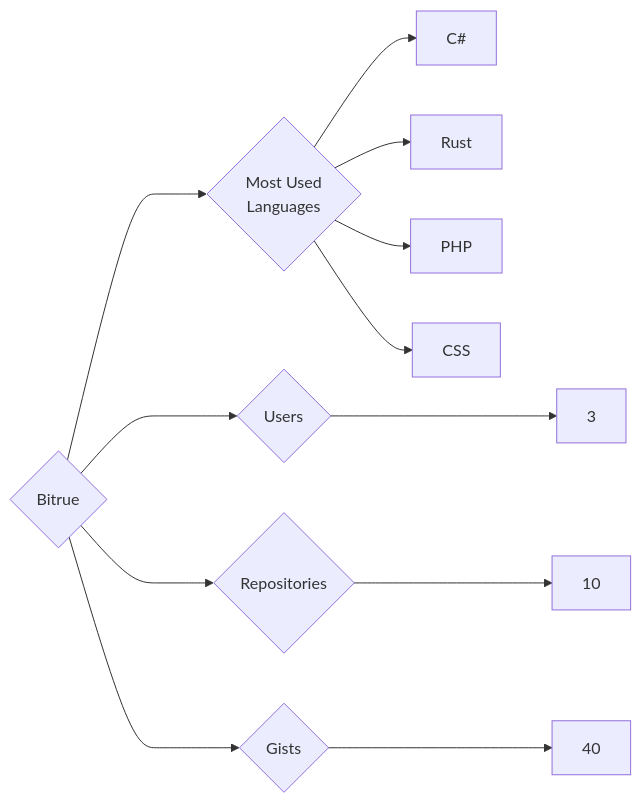
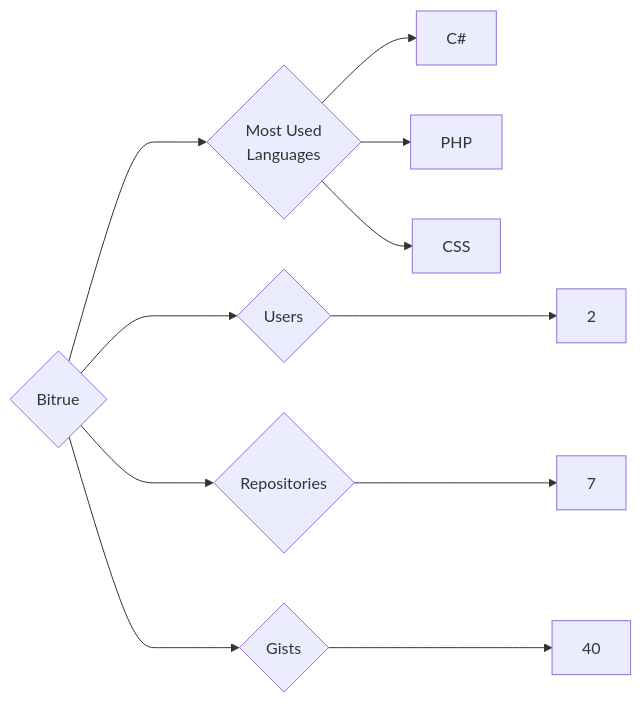
The diagram in targets/Bitrue/README.md (trickest/insiders), drawn with Mermaid before and after one commit. The commit also changed 776 other files, not shown here.

````diff
--- a/targets/Bitrue/README.md
+++ b/targets/Bitrue/README.md
@@ -3,12 +3,11 @@
 ```mermaid
 graph LR
 COMPANY_NAME{Bitrue}
-COMPANY_NAME ---> U{Users} ---> UN[3]
-COMPANY_NAME ---> R{Repositories} ---> RN[10]
+COMPANY_NAME ---> U{Users} ---> UN[2]
+COMPANY_NAME ---> R{Repositories} ---> RN[7]
 COMPANY_NAME ---> G{Gists} ---> GN[40]
 COMPANY_NAME ---> ML{Most Used<br>Languages}
 ML --> C#[C#]
-ML --> Rust[Rust]
 ML --> PHP[PHP]
 ML --> CSS[CSS]
 ```
````
